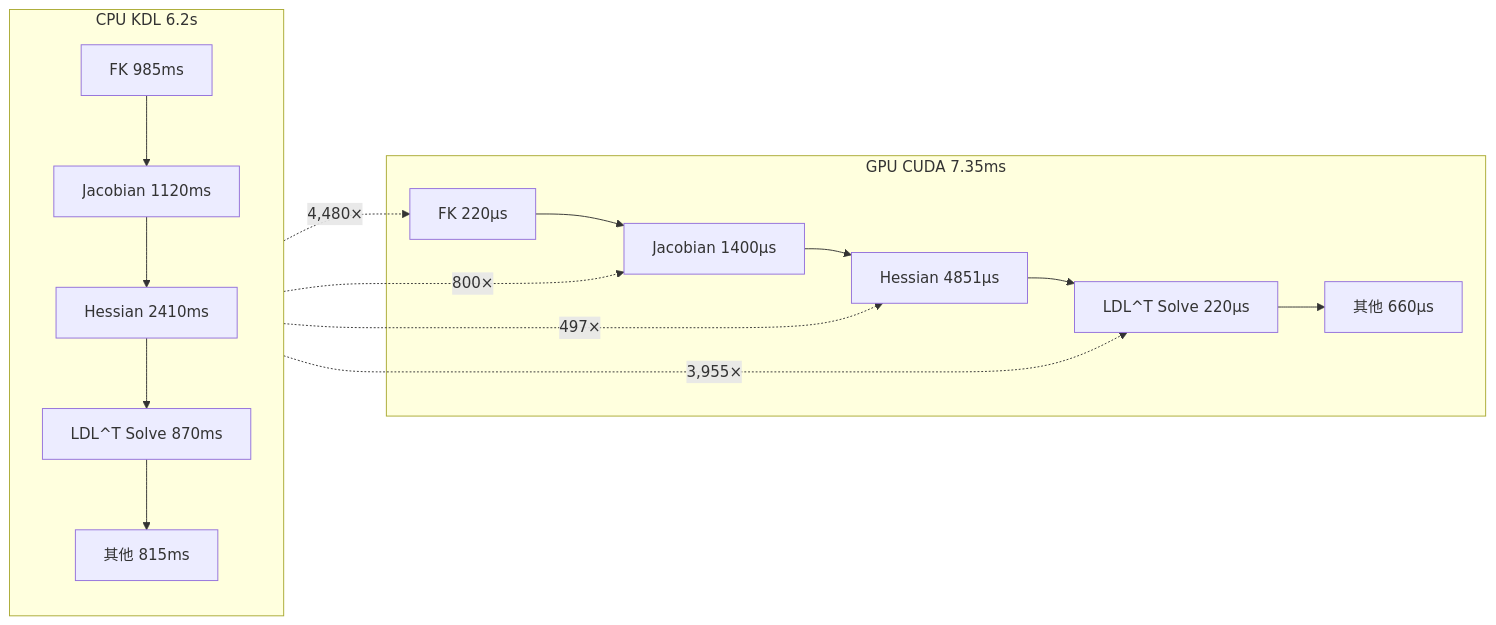
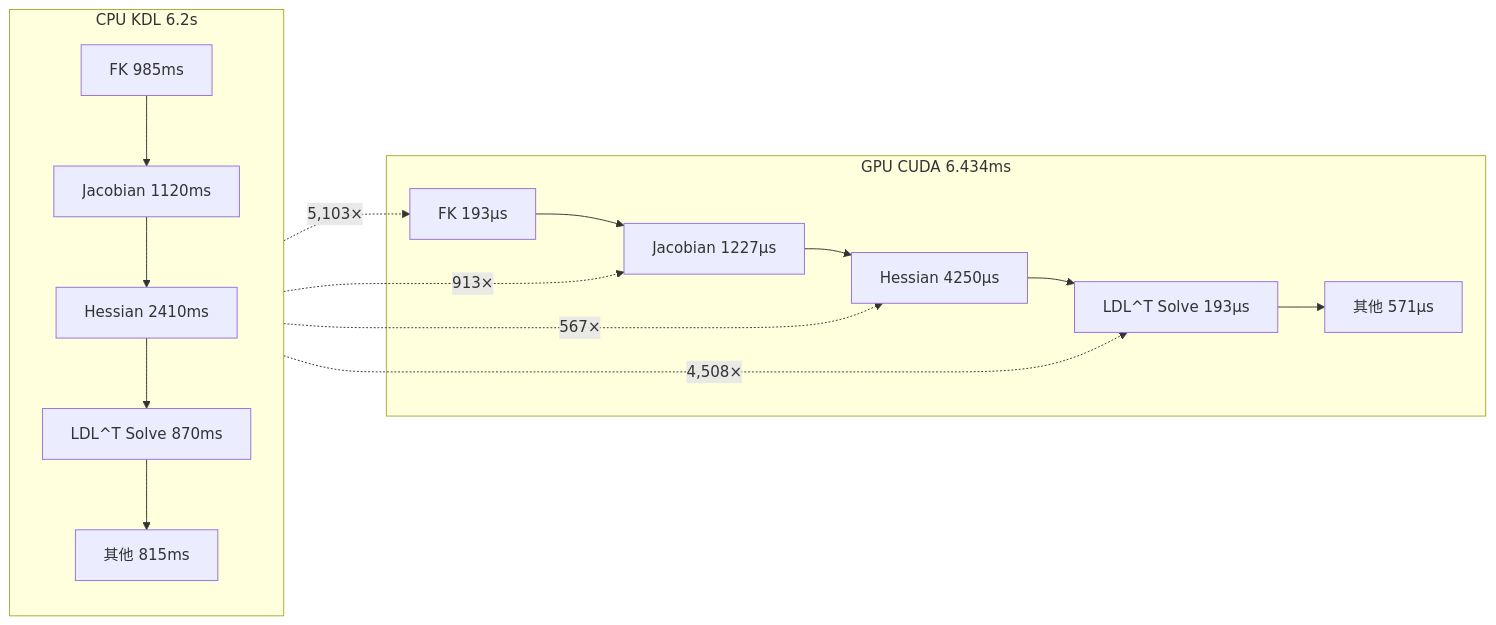
One commit to Cagedcarrow/ur10_conrtol changed the diagram in ur_base_xarco_model/assembly_rtfg_cuda/docs/07_performance/01_speedup_analysis.md. Above: the diagram before and after it, drawn with Mermaid. The commit also changed other lines of this file and 41 other files, not shown here.

First line of the commit message:
Add CUDA Python pipeline for UR10 Batch IK solving and GPU collision detection

````diff
--- a/ur_base_xarco_model/assembly_rtfg_cuda/docs/07_performance/01_speedup_analysis.md
+++ b/ur_base_xarco_model/assembly_rtfg_cuda/docs/07_performance/01_speedup_analysis.md
@@ -26,21 +26,21 @@
 ```mermaid
 graph LR
     subgraph CPU [CPU KDL 6.2s]
         FK[FK 985ms] --> JAC[Jacobian 1120ms]
         JAC --> HESS[Hessian 2410ms]
         HESS --> LDLT[LDL^T Solve 870ms]
         LDLT --> OTHER[其他 815ms]
     end
 
-    subgraph GPU [GPU CUDA 7.35ms]
-        FK_G[FK 220μs] --> JAC_G[Jacobian 1400μs]
-        JAC_G --> HESS_G[Hessian 4851μs]
-        HESS_G --> LDLT_G[LDL^T Solve 220μs]
-        LDLT_G --> OTHER_G[其他 660μs]
+    subgraph GPU [GPU CUDA 6.434ms]
+        FK_G[FK 193μs] --> JAC_G[Jacobian 1227μs]
+        JAC_G --> HESS_G[Hessian 4250μs]
+        HESS_G --> LDLT_G[LDL^T Solve 193μs]
+        LDLT_G --> OTHER_G[其他 571μs]
     end
 
-    CPU -.->|4,480×| FK_G
-    CPU -.->|800×| JAC_G
-    CPU -.->|497×| HESS_G
-    CPU -.->|3,955×| LDLT_G
+    CPU -.->|5,103×| FK_G
+    CPU -.->|913×| JAC_G
+    CPU -.->|567×| HESS_G
+    CPU -.->|4,508×| LDLT_G
 ```
````
